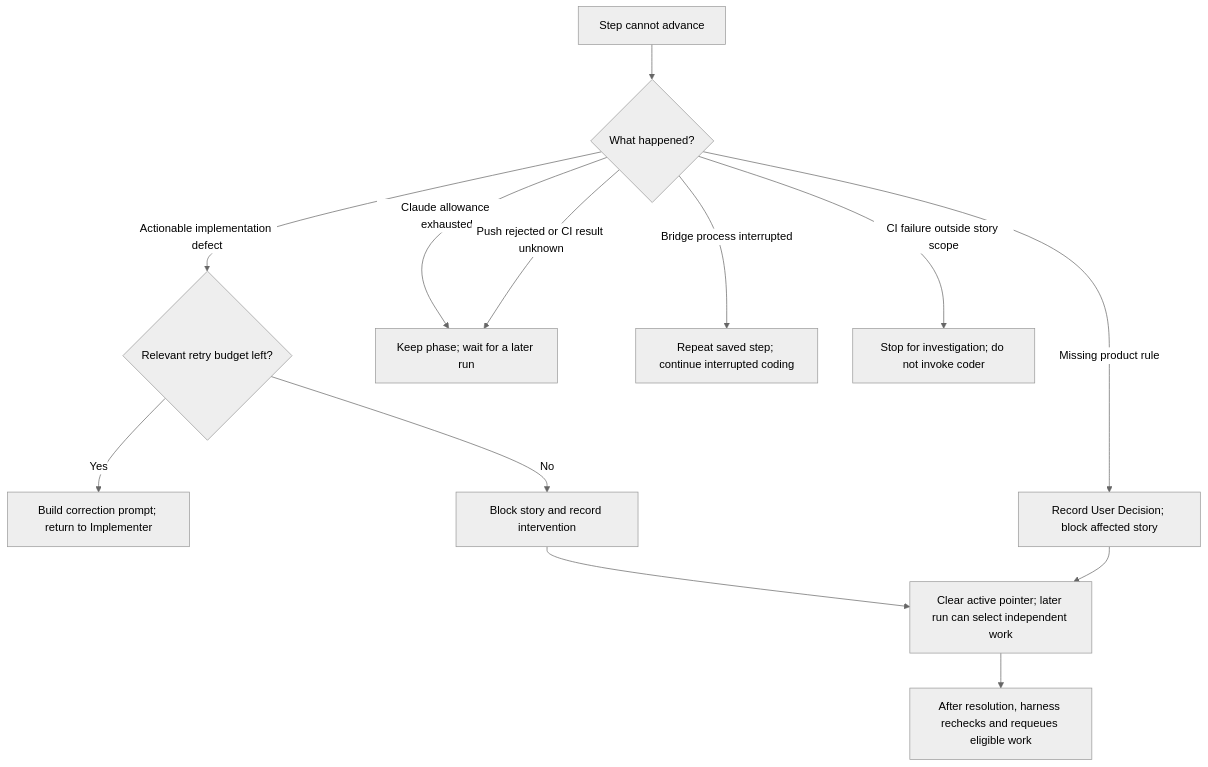
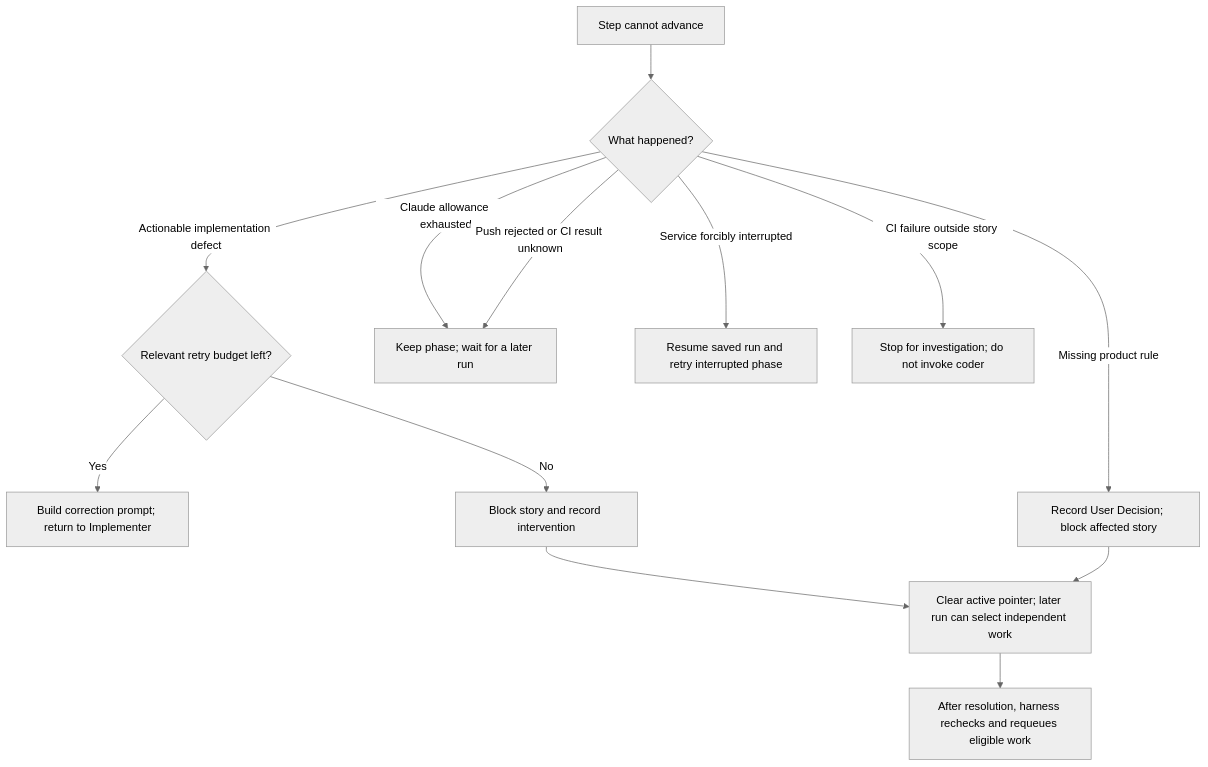
One commit to Nebettadjsr/GW2 changed the fifth of 6 diagrams in agent/docs/WORKFLOW_DIAGRAMS.md. Above: the diagram before and after it, drawn with Mermaid (neutral theme). The commit also changed other lines of this file and 7 other files, not shown here.

Commit message:
docs: explain Python workflow runner and read-only Grafana architecture

````diff
--- a/agent/docs/WORKFLOW_DIAGRAMS.md
+++ b/agent/docs/WORKFLOW_DIAGRAMS.md
@@ -82,15 +115,15 @@
 ```mermaid
 flowchart TB
     F[Step cannot advance] --> TYPE{What happened?}
     TYPE -->|Actionable implementation defect| LIMIT{Relevant retry budget left?}
     LIMIT -->|Yes| FIX[Build correction prompt; return to Implementer]
     LIMIT -->|No| BLOCK[Block story and record intervention]
     TYPE -->|Missing product rule| UD[Record User Decision; block affected story]
     TYPE -->|Claude allowance exhausted| KEEP[Keep phase; wait for a later run]
-    TYPE -->|Bridge process interrupted| AGAIN[Repeat saved step; continue interrupted coding]
+    TYPE -->|Service forcibly interrupted| AGAIN[Resume saved run and retry interrupted phase]
     TYPE -->|Push rejected or CI result unknown| KEEP
     TYPE -->|CI failure outside story scope| STOP[Stop for investigation; do not invoke coder]
     BLOCK --> CLEAR[Clear active pointer; later run can select independent work]
     UD --> CLEAR
     CLEAR --> ANSWER[After resolution, harness rechecks and requeues eligible work]
 ```
````
